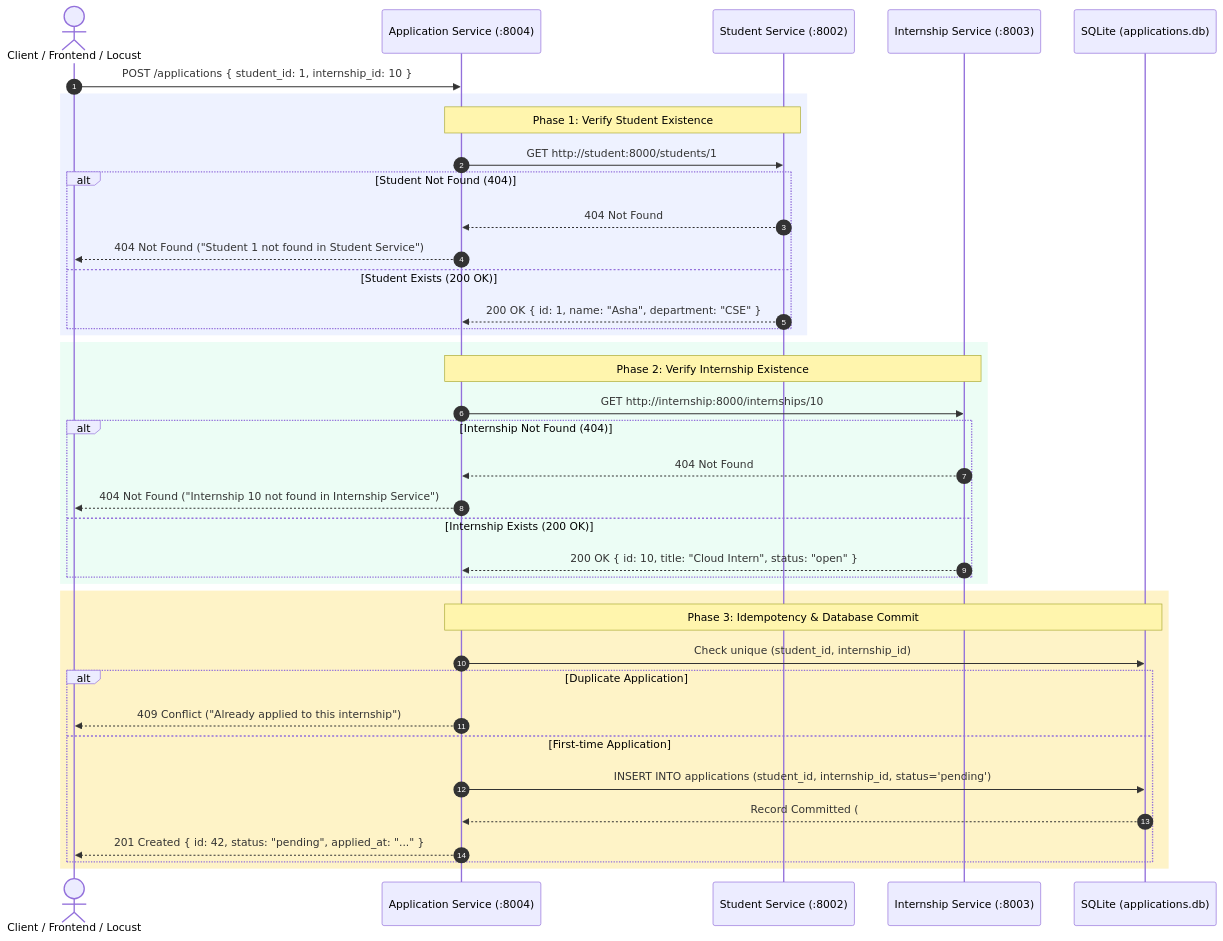
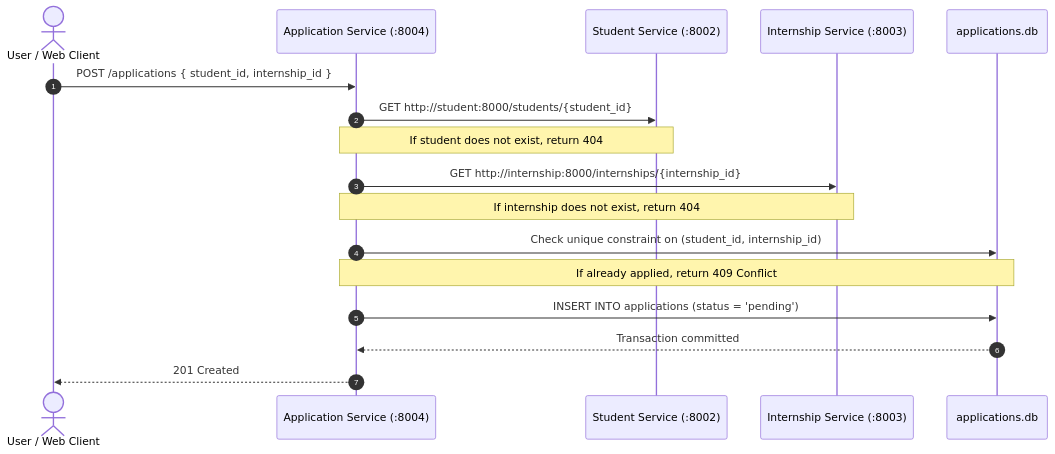
Before and after one commit to mehaksayedyusuf/CC_Internship_management: the second of 2 diagrams in README.md, drawn with Mermaid. The commit also changed other lines of this file, not shown here.

Commit message:
Restructure README with systematic review flow and clean professional formatting

````diff
--- a/README.md
+++ b/README.md
@@ -153,45 +96,20 @@
 ```mermaid
 sequenceDiagram
     autonumber
-    actor Client as Client / Frontend / Locust
+    actor Client as User / Web Client
     participant AppSvc as Application Service (:8004)
     participant StudentSvc as Student Service (:8002)
     participant InternSvc as Internship Service (:8003)
-    participant AppDB as SQLite (applications.db)
+    participant DB as applications.db
 
-    Client->>AppSvc: POST /applications { student_id: 1, internship_id: 10 }
-    
-    rect rgb(238, 242, 255)
-        Note over AppSvc,StudentSvc: Phase 1: Verify Student Existence
-        AppSvc->>StudentSvc: GET http://student:8000/students/1
-        alt Student Not Found (404)
-            StudentSvc-->>AppSvc: 404 Not Found
-            AppSvc-->>Client: 404 Not Found ("Student 1 not found in Student Service")
-        else Student Exists (200 OK)
-            StudentSvc-->>AppSvc: 200 OK { id: 1, name: "Asha", department: "CSE" }
-        end
-    end
-
-    rect rgb(236, 253, 245)
-        Note over AppSvc,InternSvc: Phase 2: Verify Internship Existence
-        AppSvc->>InternSvc: GET http://internship:8000/internships/10
-        alt Internship Not Found (404)
-            InternSvc-->>AppSvc: 404 Not Found
-            AppSvc-->>Client: 404 Not Found ("Internship 10 not found in Internship Service")
-        else Internship Exists (200 OK)
-            InternSvc-->>AppSvc: 200 OK { id: 10, title: "Cloud Intern", status: "open" }
-        end
-    end
-
-    rect rgb(254, 243, 199)
-        Note over AppSvc,AppDB: Phase 3: Idempotency & Database Commit
-        AppSvc->>AppDB: Check unique (student_id, internship_id)
-        alt Duplicate Application
-            AppSvc-->>Client: 409 Conflict ("Already applied to this internship")
-        else First-time Application
-            AppSvc->>AppDB: INSERT INTO applications (student_id, internship_id, status='pending')
-            AppDB-->>AppSvc: Record Committed (#42)
-            AppSvc-->>Client: 201 Created { id: 42, status: "pending", applied_at: "..." }
-        end
-    end
+    Client->>AppSvc: POST /applications { student_id, internship_id }
+    AppSvc->>StudentSvc: GET http://student:8000/students/{student_id}
+    Note over AppSvc,StudentSvc: If student does not exist, return 404
+    AppSvc->>InternSvc: GET http://internship:8000/internships/{internship_id}
+    Note over AppSvc,InternSvc: If internship does not exist, return 404
+    AppSvc->>DB: Check unique constraint on (student_id, internship_id)
+    Note over AppSvc,DB: If already applied, return 409 Conflict
+    AppSvc->>DB: INSERT INTO applications (status = 'pending')
+    DB-->>AppSvc: Transaction committed
+    AppSvc-->>Client: 201 Created
 ```
````
